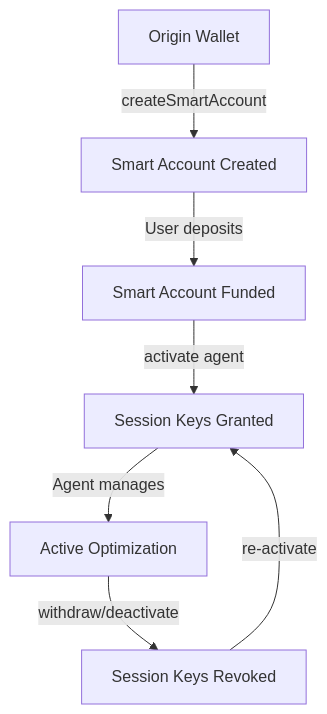
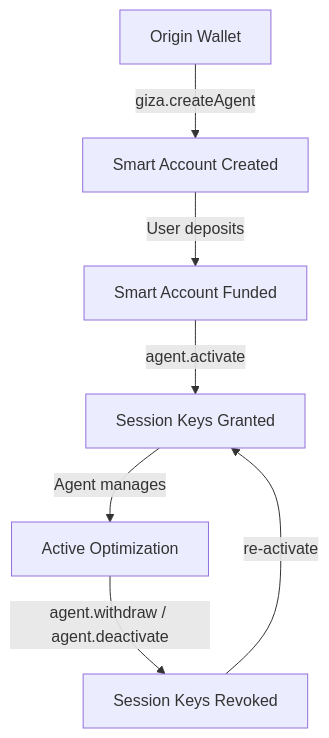
Before and after one commit to gizatechxyz/giza-hub: the second of 3 diagrams in docs/concepts/smart-accounts.mdx, drawn with Mermaid. The commit also changed other lines of this file and 70 other files, not shown here.

````diff
--- a/docs/concepts/smart-accounts.mdx
+++ b/docs/concepts/smart-accounts.mdx
@@ -64,9 +64,9 @@
 ```mermaid
 graph TD
-    A[Origin Wallet] -->|createSmartAccount| B[Smart Account Created]
+    A[Origin Wallet] -->|giza.createAgent| B[Smart Account Created]
     B -->|User deposits| C[Smart Account Funded]
-    C -->|activate agent| D[Session Keys Granted]
+    C -->|agent.activate| D[Session Keys Granted]
     D -->|Agent manages| E[Active Optimization]
-    E -->|withdraw/deactivate| F[Session Keys Revoked]
+    E -->|agent.withdraw / agent.deactivate| F[Session Keys Revoked]
     F -->|re-activate| D
 ```
````
